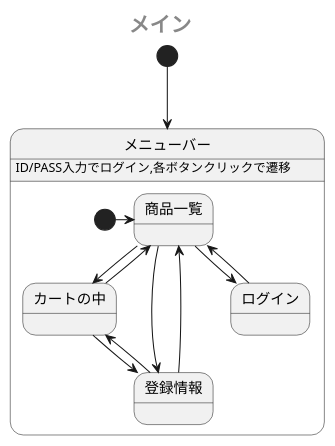
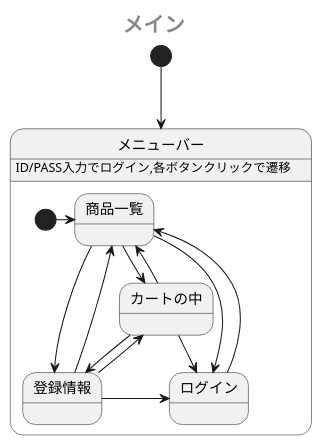
The first of 2 diagrams in sample/StateMachine.md (Aso2001385/2021sys-design), drawn with PlantUML before and after one commit.

````diff
--- a/sample/StateMachine.md
+++ b/sample/StateMachine.md
@@ -1,23 +1,25 @@
 ```uml
 @startuml
  center header <size:20><b>メイン</b></size>
  [*] --> メニューバー
  state メニューバー {
    メニューバー: ID/PASS入力でログイン,各ボタンクリックで遷移
    [*] -> 商品一覧
    商品一覧 -down-> カートの中
    商品一覧 --> ログイン
    ログイン --> 商品一覧
    カートの中 -up-> 商品一覧
    カートの中 -down-> 登録情報
+   カートの中 -> ログイン
    登録情報 -up-> カートの中
    商品一覧 -right-> 登録情報
    商品一覧 -[hidden]> 登録情報
    登録情報 -left-> 商品一覧
    登録情報 -[hidden]> 商品一覧
+   登録情報 -> ログイン
    
 
  }
  
 @enduml
 ```
````
